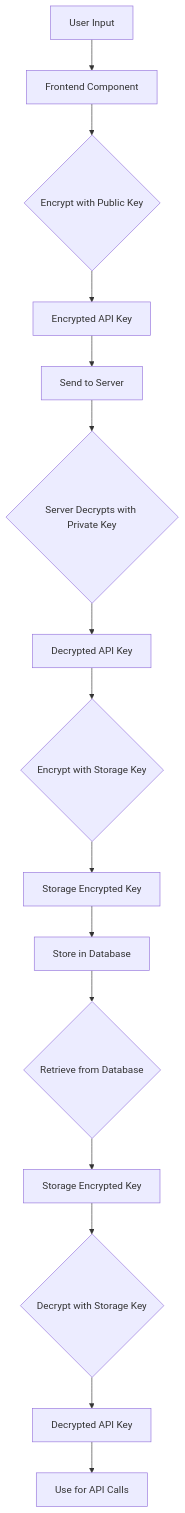
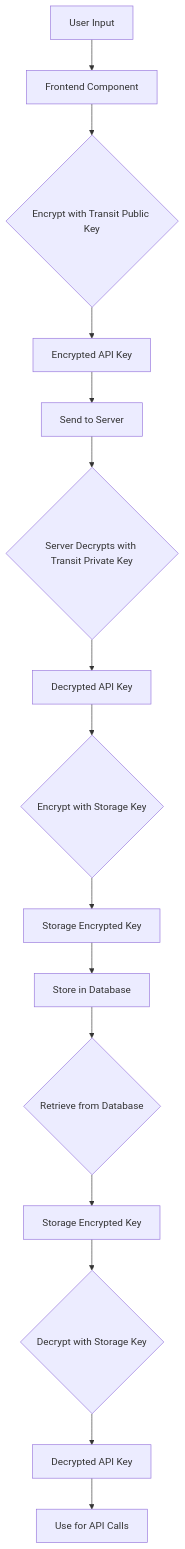
The diagram in docs/security.md (matijaoe/tipbit), drawn with Mermaid before and after one commit. The commit also changed other lines of this file and 23 other files, not shown here.

````diff
--- a/docs/security.md
+++ b/docs/security.md
@@ -7,17 +7,17 @@
 ```mermaid
 graph TD
     A[User Input] --> B[Frontend Component]
-    B --> C{Encrypt with Public Key}
+    B --> C{Encrypt with Transit Public Key}
     C --> D[Encrypted API Key]
     D --> E[Send to Server]
-    E --> F{Server Decrypts with Private Key}
+    E --> F{Server Decrypts with Transit Private Key}
     F --> G[Decrypted API Key]
     G --> H{Encrypt with Storage Key}
     H --> I[Storage Encrypted Key]
     I --> J[Store in Database]
     J --> K{Retrieve from Database}
     K --> L[Storage Encrypted Key]
     L --> M{Decrypt with Storage Key}
     M --> N[Decrypted API Key]
     N --> O[Use for API Calls]
 ```
````
